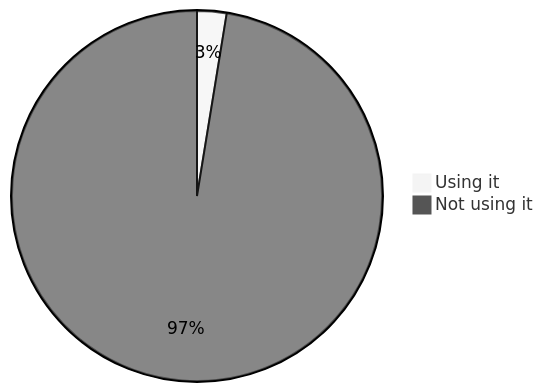
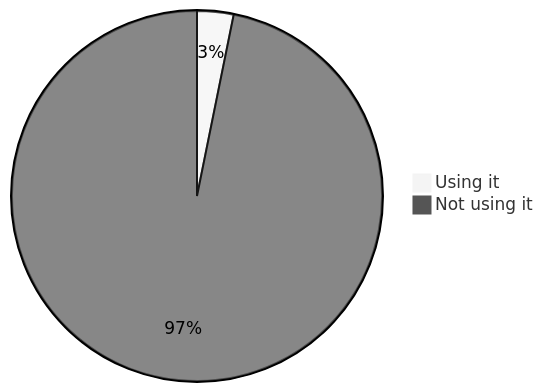
One commit to oshp/oshp-stats changed the eighth of 22 diagrams in stats.md. Above: the diagram before and after it, drawn with Mermaid (neutral theme). The commit also changed other lines of this file, not shown here.

````diff
--- a/stats.md
+++ b/stats.md
@@ -94,6 +94,6 @@
 ```mermaid
 pie
-	"Using it" : 2.57
-	"Not using it" : 97.43
+	"Using it" : 3.18
+	"Not using it" : 96.82
 
 ```
````
